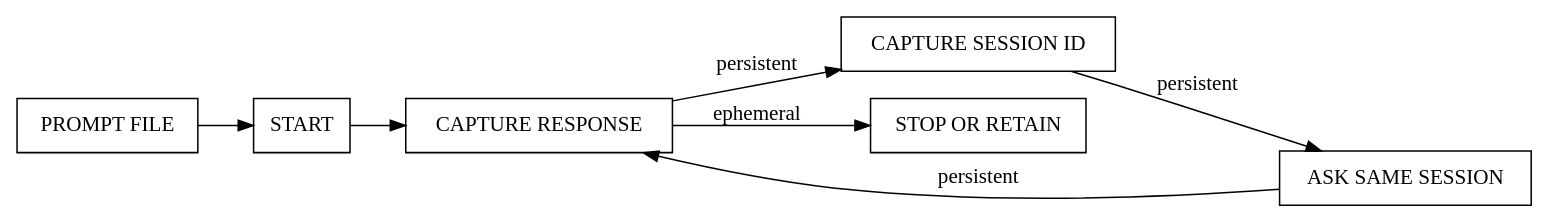
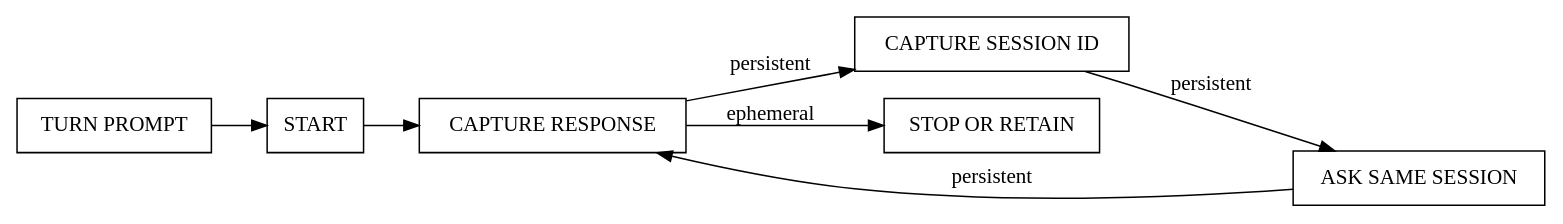
The second of 2 diagrams in skills/foreman-worker/SKILL.md (anjulgarg/agents), drawn with Graphviz before and after one commit. The commit also changed other lines of this file and 24 other files, not shown here.

````diff
--- a/skills/foreman-worker/SKILL.md
+++ b/skills/foreman-worker/SKILL.md
@@ -69,17 +70,17 @@
 ```dot
 digraph SessionLifecycle {
     rankdir=LR;
     node [shape=box];
 
-    prompt [label="PROMPT FILE"];
+    prompt [label="TURN PROMPT"];
     start [label="START"];
     capture [label="CAPTURE RESPONSE"];
     id [label="CAPTURE SESSION ID"];
     ask [label="ASK SAME SESSION"];
     stop [label="STOP OR RETAIN"];
 
     prompt -> start -> capture;
     capture -> stop [label="ephemeral"];
     capture -> id -> ask -> capture [label="persistent"];
 }
 ```
````
